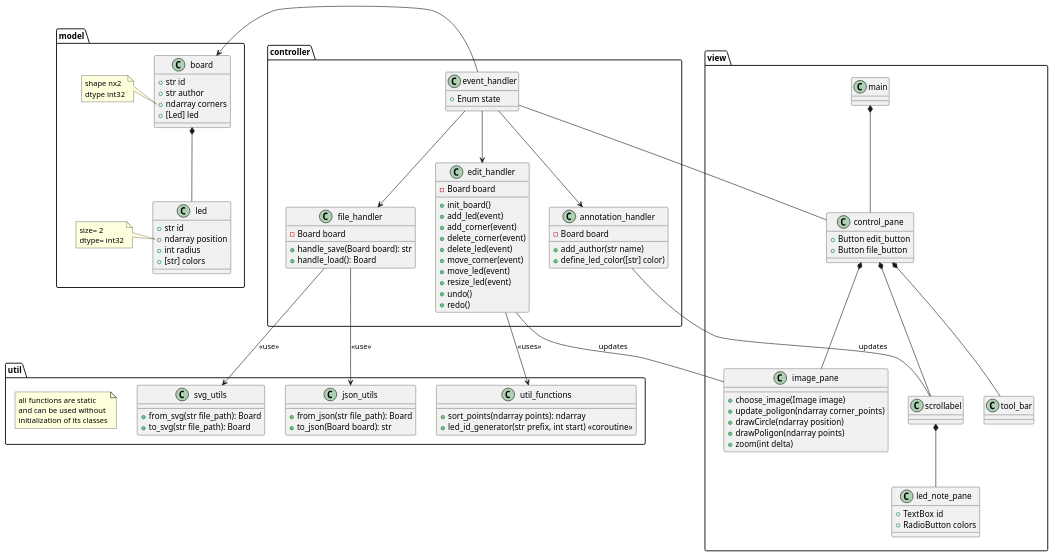
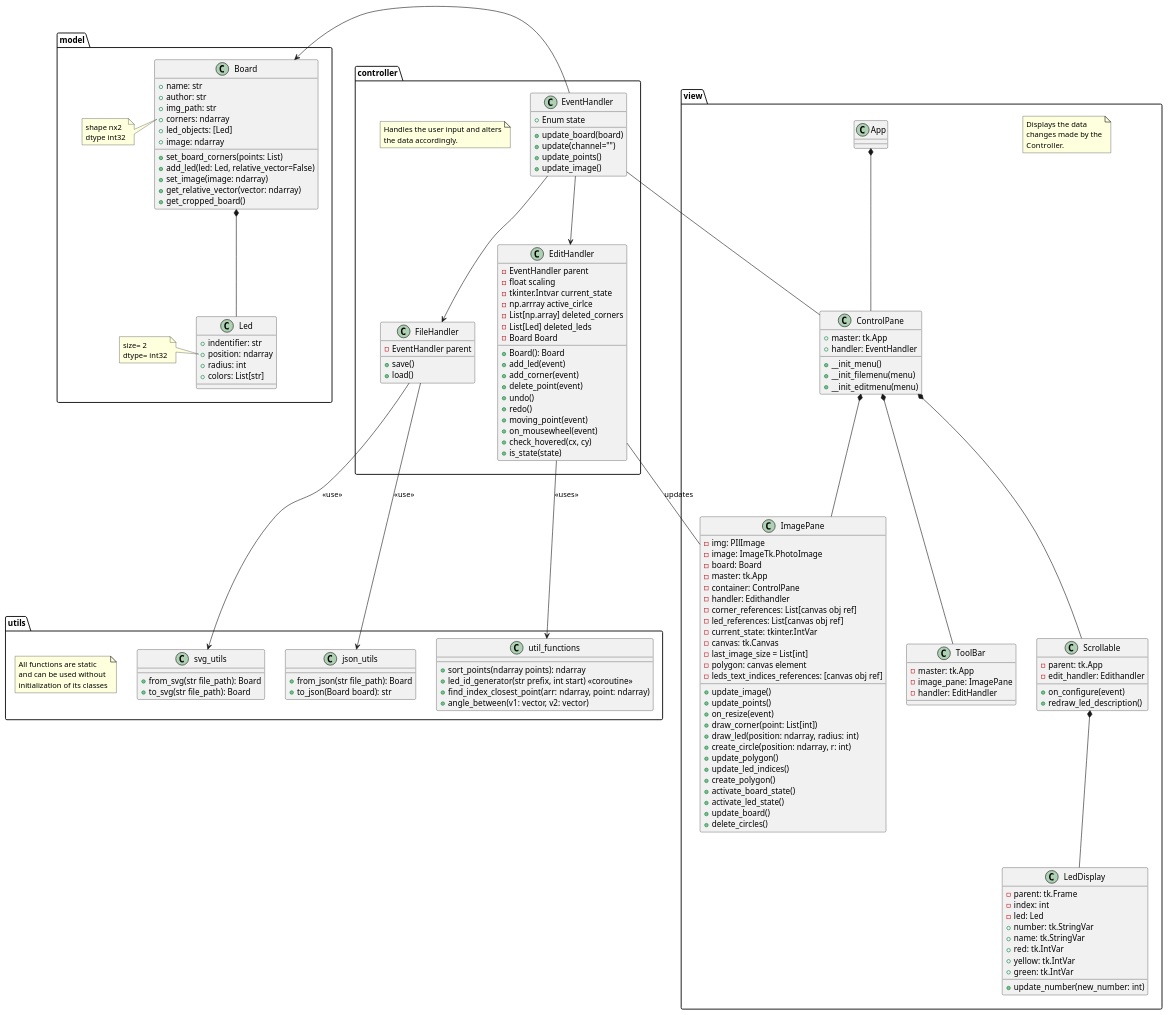
One commit to SE-Projekt-LED-Detection/LED-Detection changed the diagram in docs/source/uml/BDG.puml. Above: the diagram before and after it, drawn with PlantUML. The commit also changed 32 other files, not shown here.

```diff
--- a/docs/source/uml/BDG.puml
+++ b/docs/source/uml/BDG.puml
@@ -4,7 +4,7 @@
 
 
 
-package util {
+package utils {
 
     class svg_utils {
         + from_svg(str file_path): Board
@@ -19,10 +19,12 @@
     class util_functions {
         + sort_points(ndarray points): ndarray
         + led_id_generator(str prefix, int start) <<coroutine>>
+        + find_index_closest_point(arr: ndarray, point: ndarray)
+        + angle_between(v1: vector, v2: vector)
     }
 
     note as N1
-    all functions are static
+    All functions are static
     and can be used without
     initialization of its classes
     end note
@@ -30,38 +32,89 @@
 }
 
 package view {
-    class main {}
+    note as N3
+    Displays the data
+    changes made by the
+    Controller.
+    end note
 
-    class control_pane {
-        + Button edit_button
-        + Button file_button
+    class App {}
+
+    class ControlPane {
+        + master: tk.App
+        + handler: EventHandler
+
+        + __init_menu()
+        + __init_filemenu(menu)
+        + __init_editmenu(menu)
 
     }
 
-    class image_pane {
-        + choose_image(Image image)
-        + update_poligon(ndarray corner_points)
-        + drawCircle(ndarray position)
-        + drawPoligon(ndarray points)
-        + zoom(int delta)
+    class ImagePane {
+        - img: PIlImage
+        - image: ImageTk.PhotoImage
+        - board: Board
+        - master: tk.App
+        - container: ControlPane
+        - handler: Edithandler
+        - corner_references: List[canvas obj ref]
+        - led_references: List[canvas obj ref]
+        - current_state: tkinter.IntVar
+        - canvas: tk.Canvas
+        - last_image_size = List[int]
+        - polygon: canvas element
+        - leds_text_indices_references: [canvas obj ref]
+
+        + update_image()
+        + update_points()
+        + on_resize(event)
+        + draw_corner(point: List[int])
+        + draw_led(position: ndarray, radius: int)
+        + create_circle(position: ndarray, r: int)
+        + update_polygon()
+        + update_led_indices()
+        + create_polygon()
+        + activate_board_state()
+        + activate_led_state()
+        + update_board()
+        + delete_circles()
     }
 
-    class tool_bar {
+    class ToolBar {
+        - master: tk.App
+        - image_pane: ImagePane
+        - handler: EditHandler
+    }
+
+    class Scrollable {
+        - parent: tk.App
+        - edit_handler: Edithandler
+
+        + on_configure(event)
+        + redraw_led_description()
+    }
+
+    class LedDisplay {
+        - parent: tk.Frame
+        - index: int
+        - led: Led
+        + number: tk.StringVar
+        + name: tk.StringVar
+        + red: tk.IntVar
+        + yellow: tk.IntVar
+        + green: tk.IntVar
+
+        + update_number(new_number: int)
 
     }
 
-    class led_note_pane {
-        + TextBox id
-        + RadioButton colors
-    }
+    App *-- ControlPane
 
-    main *-- control_pane
+    ControlPane *-- ImagePane
 
-    control_pane *-- image_pane
-
-    control_pane *-- tool_bar
-    control_pane *-- scrollabel
-    scrollabel *-- led_note_pane
+    ControlPane *-- ToolBar
+    ControlPane *-- Scrollable
+    Scrollable *-- LedDisplay
 
 
 
@@ -70,95 +123,96 @@
 }
 
 package controller {
-    class file_handler {
-        - Board board
-        + handle_save(Board board): str
-        + handle_load(): Board
+    note as N2
+    Handles the user input and alters
+    the data accordingly.
+    end note
 
-
+    class FileHandler {
+        - EventHandler parent
+        + save()
+        + load()
     }
 
-    class edit_handler {
-        - Board board
+    class EditHandler {
+        - EventHandler parent
+        - float scaling
+        - tkinter.Intvar current_state
+        - np.arrray active_cirlce
+        - List[np.array] deleted_corners
+        - List[Led] deleted_leds
+        - Board Board
 
-        + init_board()
+        + Board(): Board
         + add_led(event)
         + add_corner(event)
-        + delete_corner(event)
-        + delete_led(event)
-        + move_corner(event)
-        + move_led(event)
-        + resize_led(event)
+        + delete_point(event)
         + undo()
         + redo()
-
+        + moving_point(event)
+        + on_mousewheel(event)
+        + check_hovered(cx, cy)
+        + is_state(state)
     }
 
-    class annotation_handler {
-        - Board board
-        + add_author(str name)
-        + define_led_color([str] color)
-
-
+    class EventHandler{
+        + Enum state
+        + update_board(board)
+        + update(channel="")
+        + update_points()
+        + update_image()
     }
 
-    class event_handler{
-        + Enum state
-
-
-
-    }
-
-    event_handler --> edit_handler
-    event_handler --> annotation_handler
-    event_handler --> file_handler
-
-
-
-
-
-
+    EventHandler --> EditHandler
+    EventHandler --> FileHandler
 
 }
 
 package model {
-    class led {
-        + str id
-        + ndarray position
-        + int radius
-        + [str] colors
+    class Led {
+        + indentifier: str
+        + position: ndarray
+        + radius: int
+        + colors: List[str]
     }
-    note left of led::position
+    note left of Led::position
     size= 2
     dtype= int32
     end note
 
-    class board {
-        + str id
-        + str author
-        + ndarray corners
-        + [Led] led
+    class Board {
+        + name: str
+        + author: str
+        + img_path: str
+        + corners: ndarray
+        + led_objects: [Led]
+        + image: ndarray
+
+        + set_board_corners(points: List)
+        + add_led(led: Led, relative_vector=False)
+        + set_image(image: ndarray)
+        + get_relative_vector(vector: ndarray)
+        + get_cropped_board()
     }
 
-    note left of board::corners
+    note left of Board::corners
     shape nx2
     dtype int32
     end note
 
-    board *-d- led
+    Board *-d- Led
 
 
 }
-control_pane --d-- event_handler
-file_handler -d-> svg_utils: <<use>>
-file_handler -d-> json_utils: <<use>>
-edit_handler -d-> util_functions: <<uses>>
-event_handler -l-> board
+ControlPane --d-- EventHandler
+FileHandler -d-> svg_utils: <<use>>
+FileHandler -d-> json_utils: <<use>>
+EditHandler -d-> util_functions: <<uses>>
+EventHandler -l-> Board
 
 controller --[hidden]l-- model
 view --[hidden]l-- model
-edit_handler -- image_pane: updates
-annotation_handler -- scrollabel: updates
+EditHandler -- ImagePane: updates
 
 
 @enduml
```
